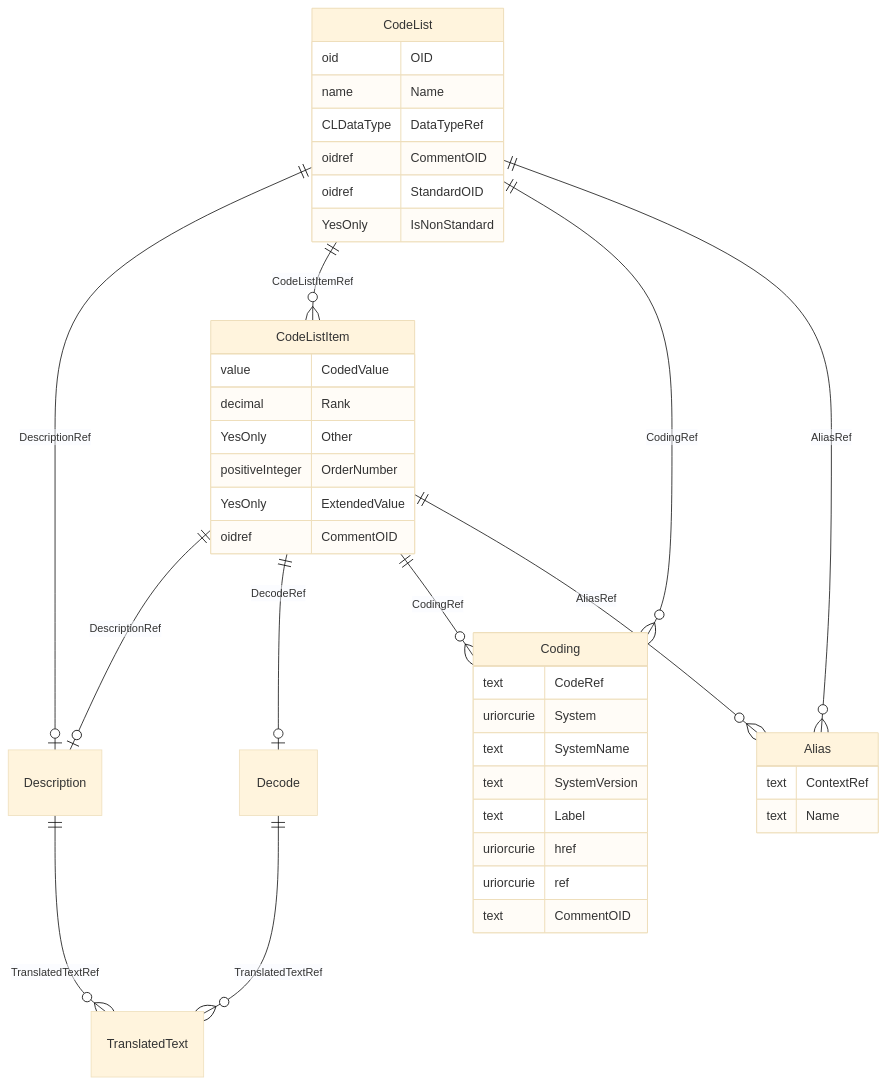
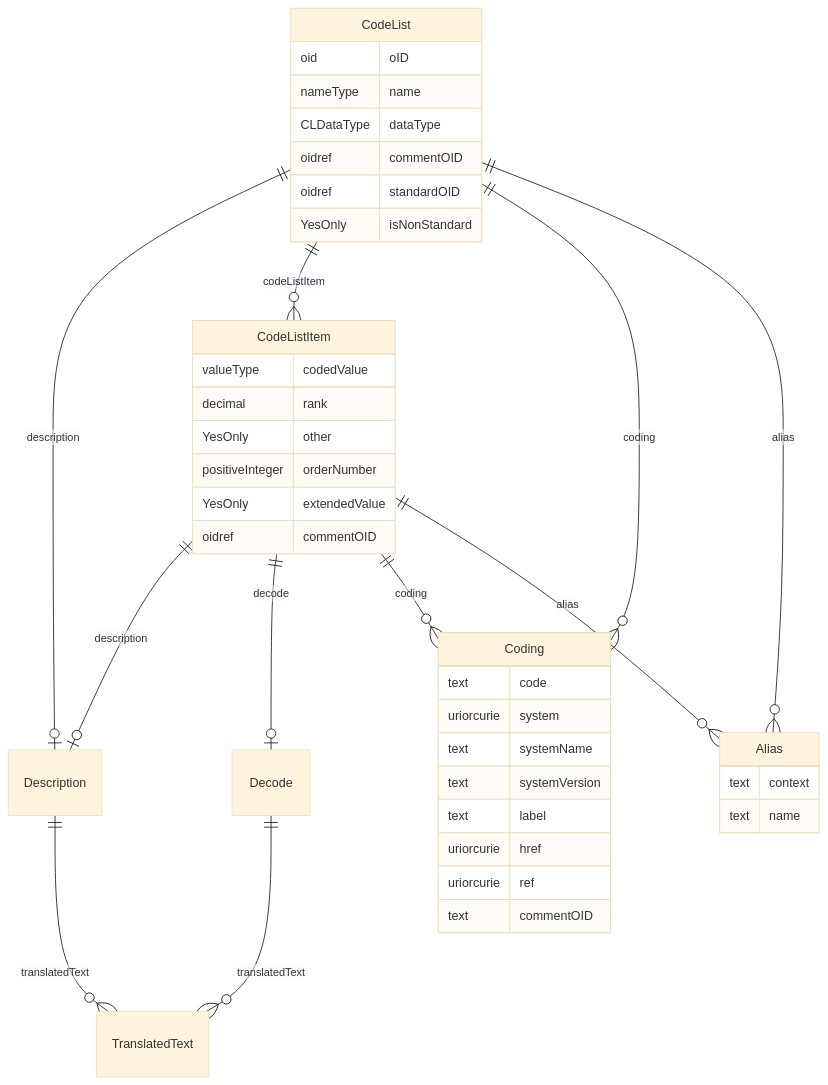
The diagram in docs/CodeList.md (cdisc-org/DataExchange-ODM-LinkML), drawn with Mermaid (base theme) before and after one commit. The commit also changed other lines of this file and 759 other files, not shown here.

````diff
--- a/docs/CodeList.md
+++ b/docs/CodeList.md
@@ -11,51 +11,51 @@
 ```mermaid
 erDiagram
 CodeList {
-    oid OID  
-    name Name  
-    CLDataType DataTypeRef  
-    oidref CommentOID  
-    oidref StandardOID  
-    YesOnly IsNonStandard  
+    oid oID  
+    nameType name  
+    CLDataType dataType  
+    oidref commentOID  
+    oidref standardOID  
+    YesOnly isNonStandard  
 }
 Alias {
-    text ContextRef  
-    text Name  
+    text context  
+    text name  
 }
 Coding {
-    text CodeRef  
-    uriorcurie System  
-    text SystemName  
-    text SystemVersion  
-    text Label  
+    text code  
+    uriorcurie system  
+    text systemName  
+    text systemVersion  
+    text label  
     uriorcurie href  
     uriorcurie ref  
-    text CommentOID  
+    text commentOID  
 }
 CodeListItem {
-    value CodedValue  
-    decimal Rank  
-    YesOnly Other  
-    positiveInteger OrderNumber  
-    YesOnly ExtendedValue  
-    oidref CommentOID  
+    valueType codedValue  
+    decimal rank  
+    YesOnly other  
+    positiveInteger orderNumber  
+    YesOnly extendedValue  
+    oidref commentOID  
 }
 Decode {
 
 }
 Description {
 
 }
 
-CodeList ||--|o Description : "DescriptionRef"
-CodeList ||--}o CodeListItem : "CodeListItemRef"
-CodeList ||--}o Coding : "CodingRef"
-CodeList ||--}o Alias : "AliasRef"
-CodeListItem ||--|o Description : "DescriptionRef"
-CodeListItem ||--|o Decode : "DecodeRef"
-CodeListItem ||--}o Coding : "CodingRef"
-CodeListItem ||--}o Alias : "AliasRef"
-Decode ||--}o TranslatedText : "TranslatedTextRef"
-Description ||--}o TranslatedText : "TranslatedTextRef"
+CodeList ||--|o Description : "description"
+CodeList ||--}o CodeListItem : "codeListItem"
+CodeList ||--}o Coding : "coding"
+CodeList ||--}o Alias : "alias"
+CodeListItem ||--|o Description : "description"
+CodeListItem ||--|o Decode : "decode"
+CodeListItem ||--}o Coding : "coding"
+CodeListItem ||--}o Alias : "alias"
+Decode ||--}o TranslatedText : "translatedText"
+Description ||--}o TranslatedText : "translatedText"
 
 ```
````
